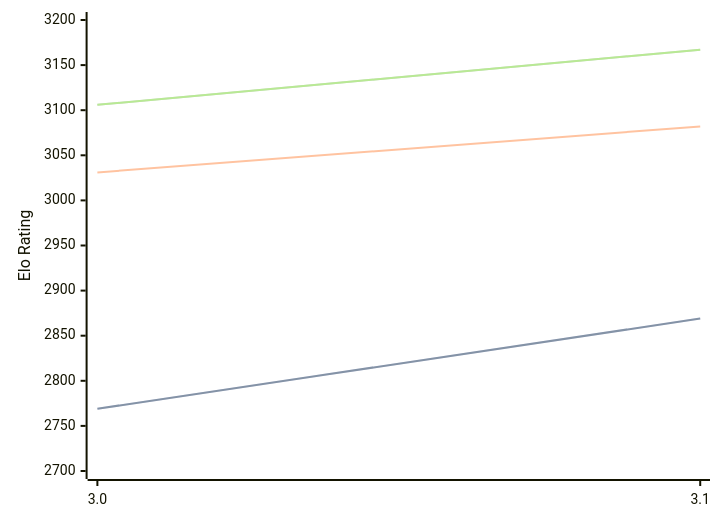
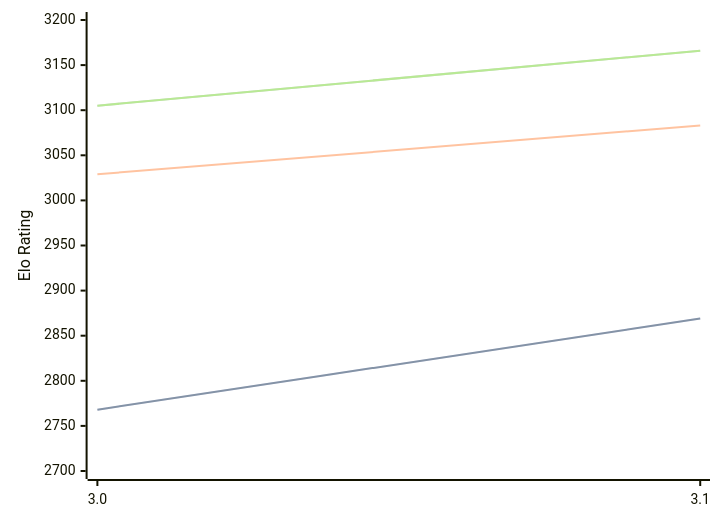
The diagram in engines/Vajolet2.md (computer-chess-index/cci), drawn with Mermaid before and after one commit. The commit also changed other lines of this file, not shown here.

Commit message:
Update CCI Ratings (ELO VLTC) - 2026-04-26

````diff
--- a/engines/Vajolet2.md
+++ b/engines/Vajolet2.md
@@ -40,11 +40,11 @@
 ```mermaid
 %%{init: {"theme":"base","themeVariables":{"seriesColors:['#a3a3a3','#222221','#faa371']}}}%%
 xychart-beta
   x-axis ["3.0", "3.1"]
   y-axis "Elo Rating" 2700 --> 3200
-  line "STC (8.0+0.08s)" [2769, 2869]
-  line "STC (8.0+0.08s)" [2769, 2869]
-  line "LTC (60.0+0.60s)" [3031, 3082]
-  line "VLTC (2m24s+1.12s)" [3106, 3167]
-  line "VLTC (2m24s+1.12s)" [3106, 3167]
+  line "STC (8.0+0.08s)" [2768, 2869]
+  line "STC (8.0+0.08s)" [2768, 2869]
+  line "LTC (60.0+0.60s)" [3029, 3083]
+  line "VLTC (2m24s+1.12s)" [3105, 3166]
+  line "VLTC (2m24s+1.12s)" [3105, 3166]
 ```
````
